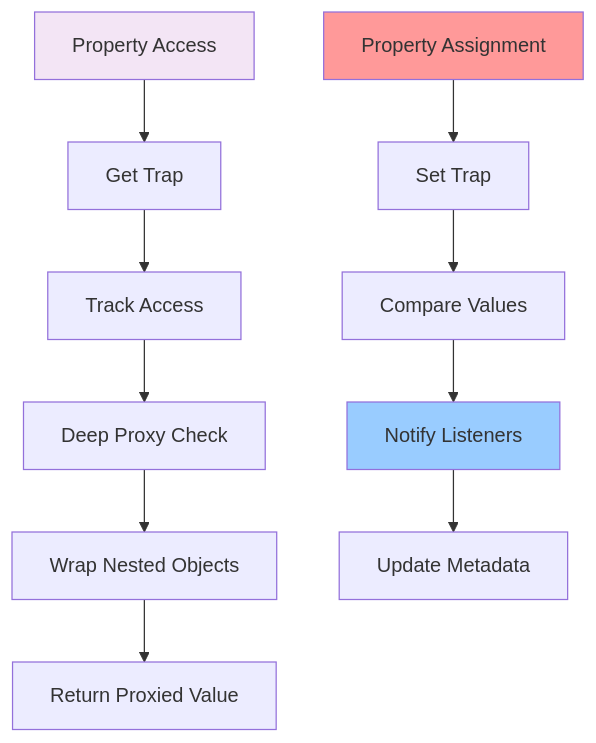
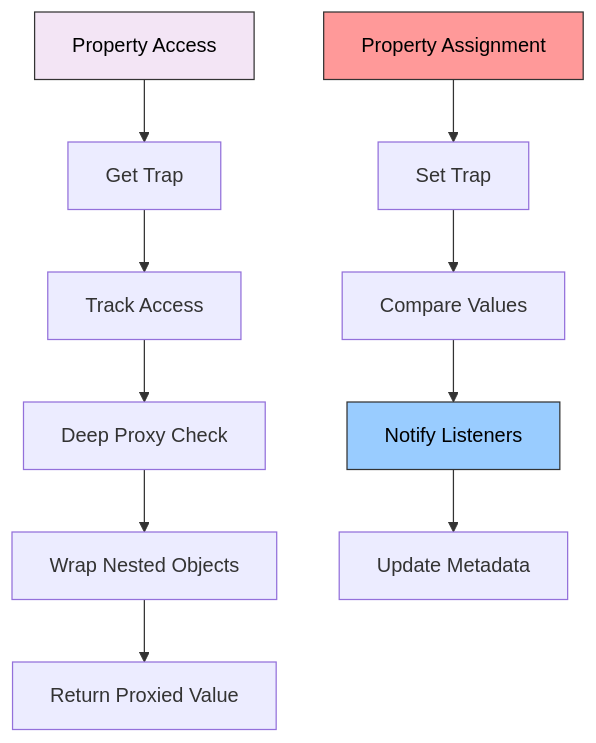
Before and after one commit to sujeet-pro/reactivity: diagram 13 of 18 in README.md, drawn with Mermaid. The commit also changed other lines of this file and 4 other files, not shown here.

````diff
--- a/README.md
+++ b/README.md
@@ -559,17 +595,17 @@
 ```mermaid
 graph TD
     A[Property Access] --> B[Get Trap]
     B --> C[Track Access]
     C --> D[Deep Proxy Check]
     D --> E[Wrap Nested Objects]
     E --> F[Return Proxied Value]
     
     G[Property Assignment] --> H[Set Trap]
     H --> I[Compare Values]
     I --> J[Notify Listeners]
     J --> K[Update Metadata]
     
-    style A fill:#f3e5f5
-    style G fill:#ff9999
-    style J fill:#99ccff
+    style A fill:#f3e5f5,stroke:#333,color:#000
+    style G fill:#ff9999,stroke:#333,color:#000
+    style J fill:#99ccff,stroke:#333,color:#000
 ```
````
